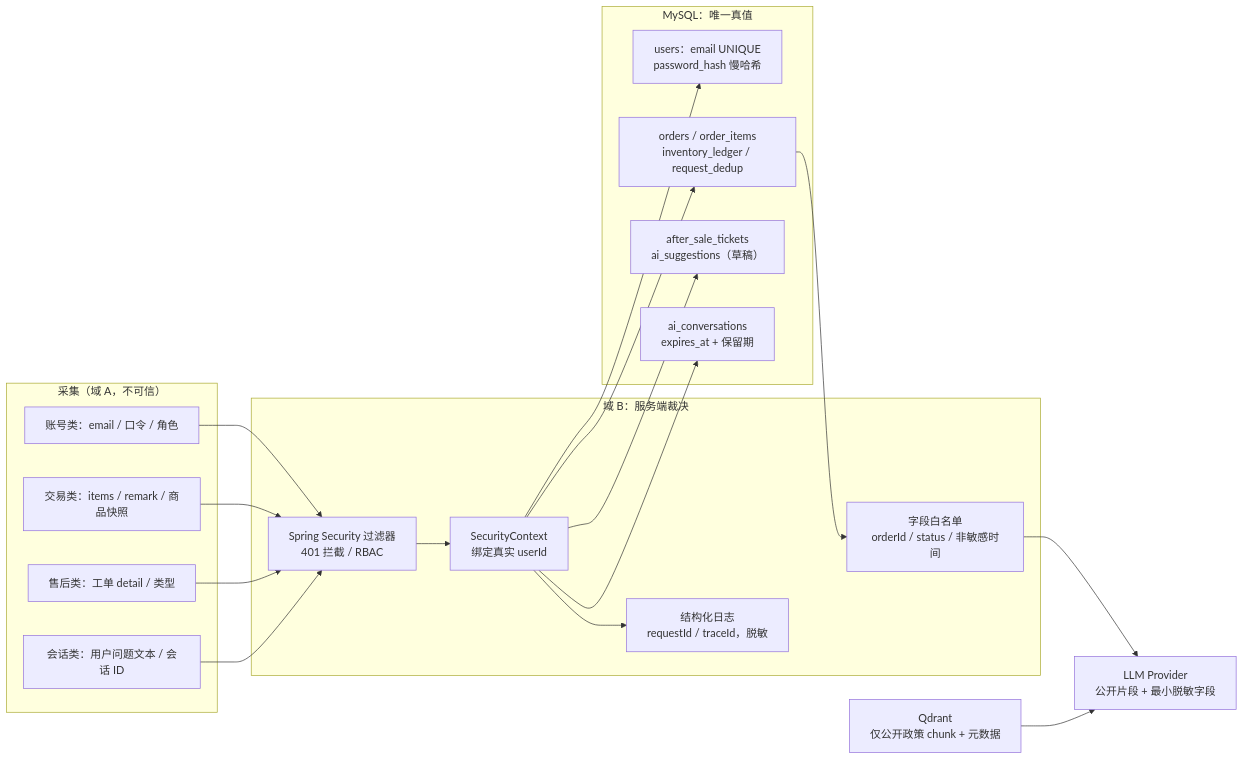
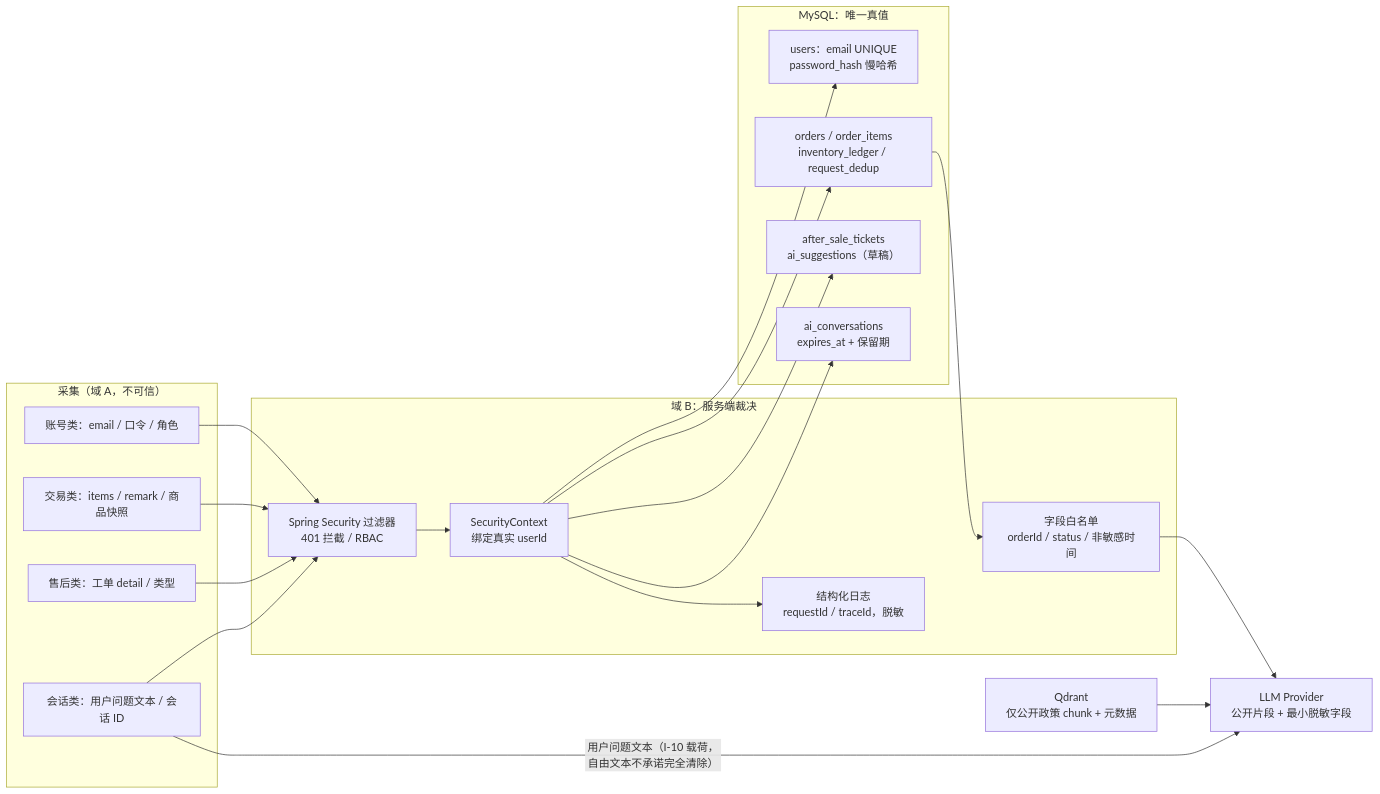
One commit to qwertyhgb/smartcommerce-a changed the second of 2 diagrams in docs/architecture/context.md. Above: the diagram before and after it, drawn with Mermaid. The commit also changed other lines of this file and 3 other files, not shown here.

Commit message:
docs(architecture): SC-0102 fix review findings (LLM outflow edge, common module, wording)

````diff
--- a/docs/architecture/context.md
+++ b/docs/architecture/context.md
@@ -81,40 +81,41 @@
 ```mermaid
 flowchart LR
     subgraph IN["采集（域 A，不可信）"]
         P1["账号类：email / 口令 / 角色"]
         P2["交易类：items / remark / 商品快照"]
         P3["售后类：工单 detail / 类型"]
         P4["会话类：用户问题文本 / 会话 ID"]
     end
 
     subgraph CORE["域 B：服务端裁决"]
         SEC["Spring Security 过滤器<br/>401 拦截 / RBAC"]
         CTX["SecurityContext<br/>绑定真实 userId"]
         WL["字段白名单<br/>orderId / status / 非敏感时间"]
         LOG["结构化日志<br/>requestId / traceId，脱敏"]
     end
 
     subgraph DB["MySQL：唯一真值"]
         T1["users：email UNIQUE<br/>password_hash 慢哈希"]
         T2["orders / order_items<br/>inventory_ledger / request_dedup"]
         T3["after_sale_tickets<br/>ai_suggestions（草稿）"]
         T4["ai_conversations<br/>expires_at + 保留期"]
     end
 
     QD2["Qdrant<br/>仅公开政策 chunk + 元数据"]
     LLM2["LLM Provider<br/>公开片段 + 最小脱敏字段"]
 
     P1 --> SEC
     P2 --> SEC
     P3 --> SEC
     P4 --> SEC
     SEC --> CTX
     CTX --> T1
     CTX --> T2
     CTX --> T3
     CTX --> T4
     T2 --> WL
     WL --> LLM2
     QD2 --> LLM2
+    P4 -->|"用户问题文本（I-10 载荷，自由文本不承诺完全清除）"| LLM2
     CTX --> LOG
 ```
````
